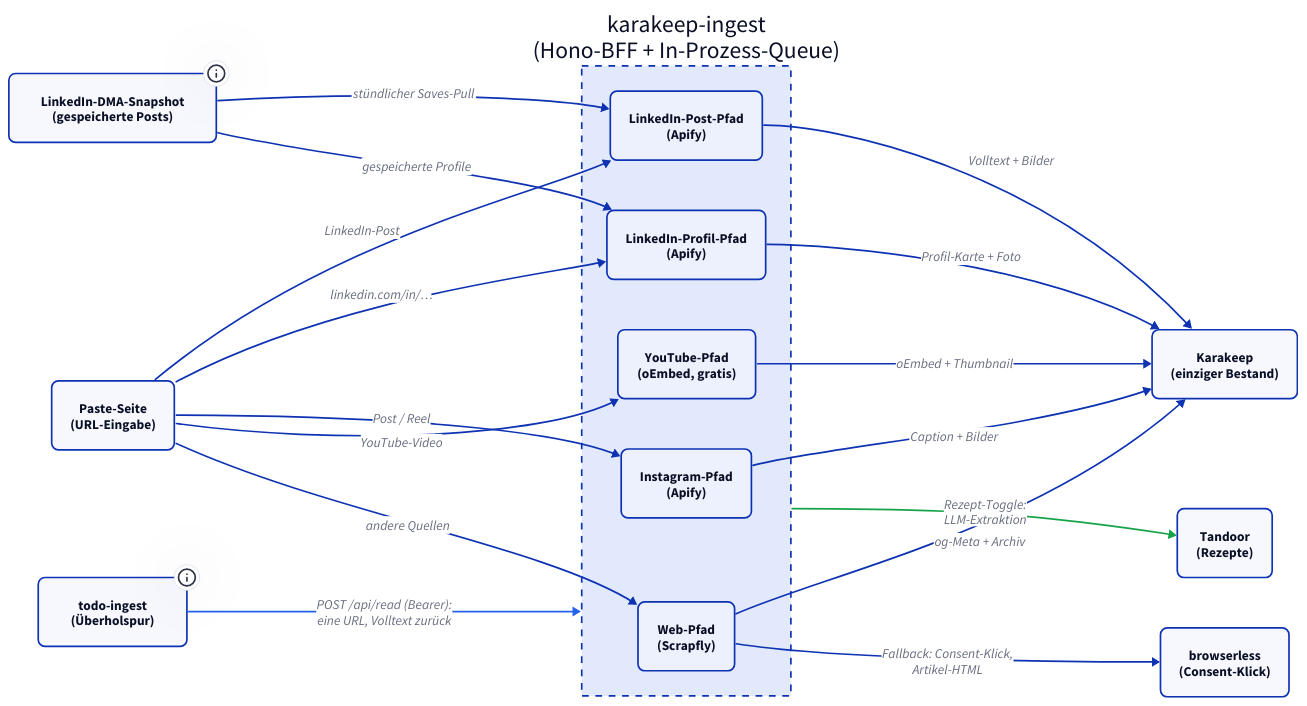
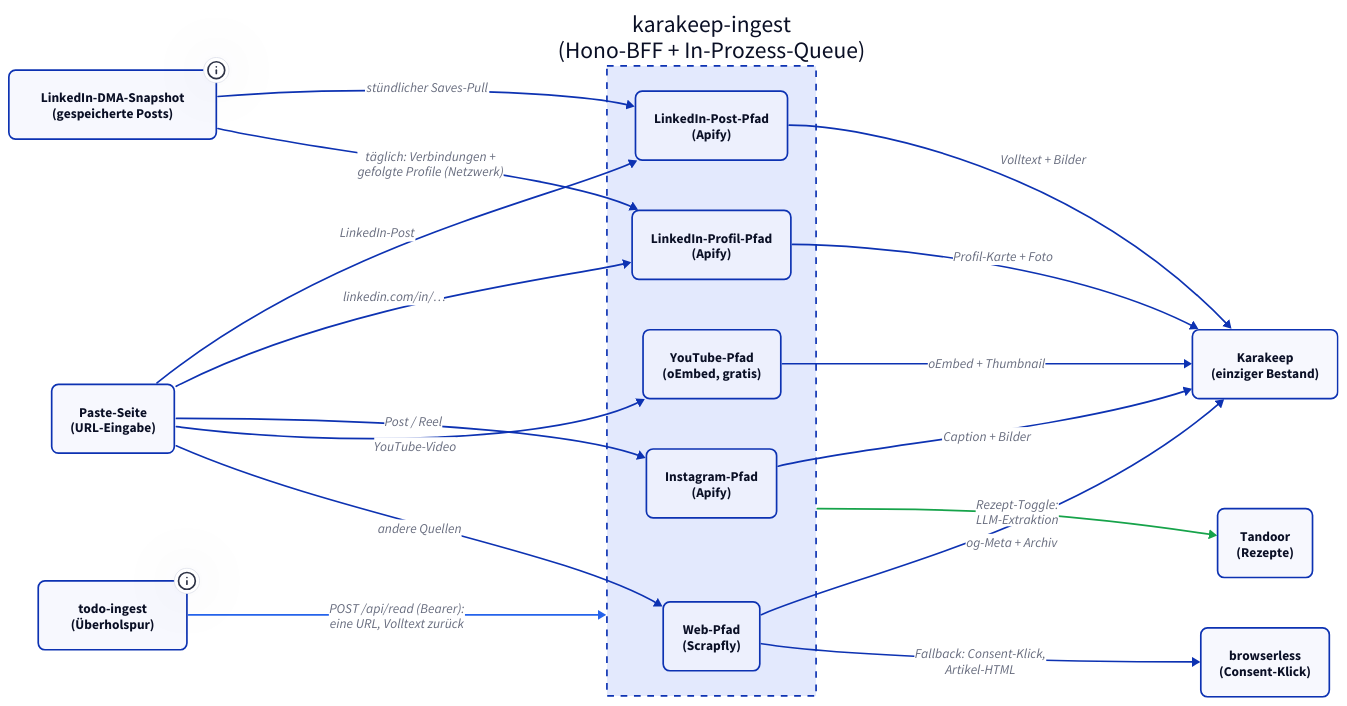
Before and after one commit to derever-labs/homelab-wiki: the diagram in docs/dienste/karakeep-ingest/index.md, drawn with D2. The commit also changed other lines of this file and 1 other file, not shown here.

First line of the commit message:
docs(karakeep-ingest): Netzwerk-Sync, Personen-Karten und Kuma-Dead-Man dokumentieren

````diff
--- a/docs/dienste/karakeep-ingest/index.md
+++ b/docs/dienste/karakeep-ingest/index.md
@@ -34,50 +34,50 @@
 ```d2
 classes: {
   node: { style: { border-radius: 8 } }
 }
 
 direction: right
 
 UI: "Paste-Seite\n(URL-Eingabe)" { class: node }
 
 Read: "todo-ingest\n(Überholspur)" {
   class: node
   tooltip: "Einzel-Abruf eines diktierten Links, Bearer-authentisiert. Leiht einen Slot des Pipeline-Pools mit Vorrang und nimmt das Karakeep-Lesezeichen als Beifang mit"
 }
 
 DMA: "LinkedIn-DMA-Snapshot\n(gespeicherte Posts)" {
   class: node
   tooltip: "Stündlicher Abruf der Member-Data-Portability-API. Neue Saves laufen über den normalen LinkedIn-Pfad ein, eine Hochwassermarke macht den Nachzug verlustfrei"
 }
 
 Ingest: "karakeep-ingest\n(Hono-BFF + In-Prozess-Queue)" {
   style.stroke-dash: 4
   LI: "LinkedIn-Post-Pfad\n(Apify)" { class: node }
   PROF: "LinkedIn-Profil-Pfad\n(Apify)" { class: node }
   IG: "Instagram-Pfad\n(Apify)" { class: node }
   YT: "YouTube-Pfad\n(oEmbed, gratis)" { class: node }
   WEB: "Web-Pfad\n(Scrapfly)" { class: node }
 }
 
 Karakeep: "Karakeep\n(einziger Bestand)" { class: node }
 
 Tandoor: "Tandoor\n(Rezepte)" { class: node }
 
 BL: "browserless\n(Consent-Klick)" { class: node }
 
 UI -> Ingest.LI: "LinkedIn-Post"
 UI -> Ingest.PROF: "linkedin.com/in/…"
 UI -> Ingest.IG: "Post / Reel"
 UI -> Ingest.YT: "YouTube-Video"
 UI -> Ingest.WEB: "andere Quellen"
 DMA -> Ingest.LI: "stündlicher Saves-Pull"
-DMA -> Ingest.PROF: "gespeicherte Profile"
+DMA -> Ingest.PROF: "täglich: Verbindungen +\ngefolgte Profile (Netzwerk)"
 Ingest.LI -> Karakeep: "Volltext + Bilder"
 Ingest.PROF -> Karakeep: "Profil-Karte + Foto"
 Ingest.IG -> Karakeep: "Caption + Bilder"
 Ingest.YT -> Karakeep: "oEmbed + Thumbnail"
 Ingest.WEB -> Karakeep: "og-Meta + Archiv"
 Ingest.WEB -> BL: "Fallback: Consent-Klick,\nArtikel-HTML"
 Ingest -> Tandoor: "Rezept-Toggle:\nLLM-Extraktion" { style.stroke: "#16a34a" }
 Read -> Ingest: "POST /api/read (Bearer):\neine URL, Volltext zurück" { style.stroke: "#2563eb" }
 ```
````
